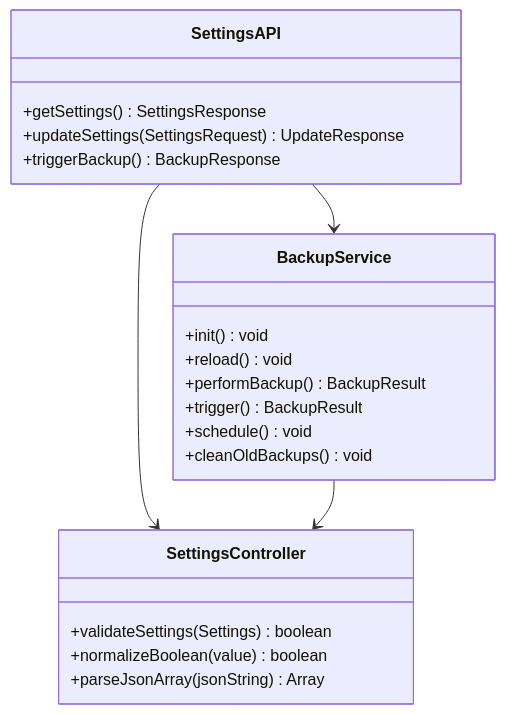
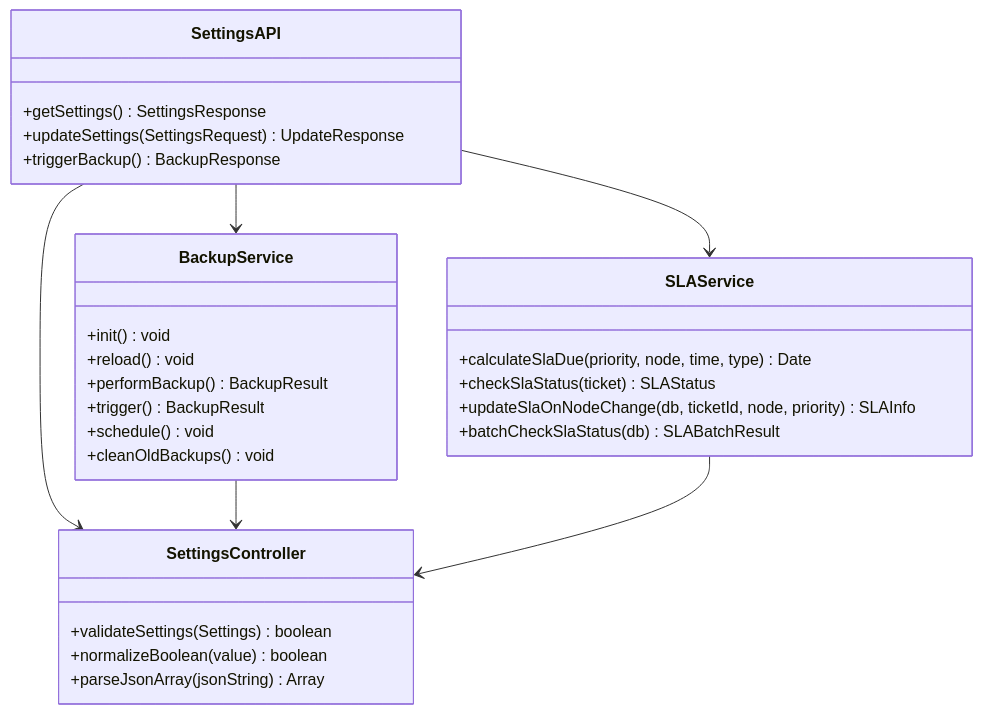
The fourth of 10 diagrams in .qoder/repowiki/zh/content/API 接口文档/管理员管理 API/系统配置 API.md (CubeEdge/Longhorn), drawn with Mermaid before and after one commit. The commit also changed other lines of this file and 118 other files, not shown here.

````diff
--- a/.qoder/repowiki/zh/content/API 接口文档/管理员管理 API/系统配置 API.md
+++ b/.qoder/repowiki/zh/content/API 接口文档/管理员管理 API/系统配置 API.md
@@ -212,24 +222,32 @@
 ```mermaid
 classDiagram
 class SettingsAPI {
 +getSettings() SettingsResponse
 +updateSettings(SettingsRequest) UpdateResponse
 +triggerBackup() BackupResponse
 }
 class BackupService {
 +init() void
 +reload() void
 +performBackup() BackupResult
 +trigger() BackupResult
 +schedule() void
 +cleanOldBackups() void
 }
+class SLAService {
++calculateSlaDue(priority, node, time, type) Date
++checkSlaStatus(ticket) SLAStatus
++updateSlaOnNodeChange(db, ticketId, node, priority) SLAInfo
++batchCheckSlaStatus(db) SLABatchResult
+}
 class SettingsController {
 +validateSettings(Settings) boolean
 +normalizeBoolean(value) boolean
 +parseJsonArray(jsonString) Array
 }
 SettingsAPI --> SettingsController
 SettingsAPI --> BackupService
+SettingsAPI --> SLAService
 BackupService --> SettingsController
+SLAService --> SettingsController
 ```
````
